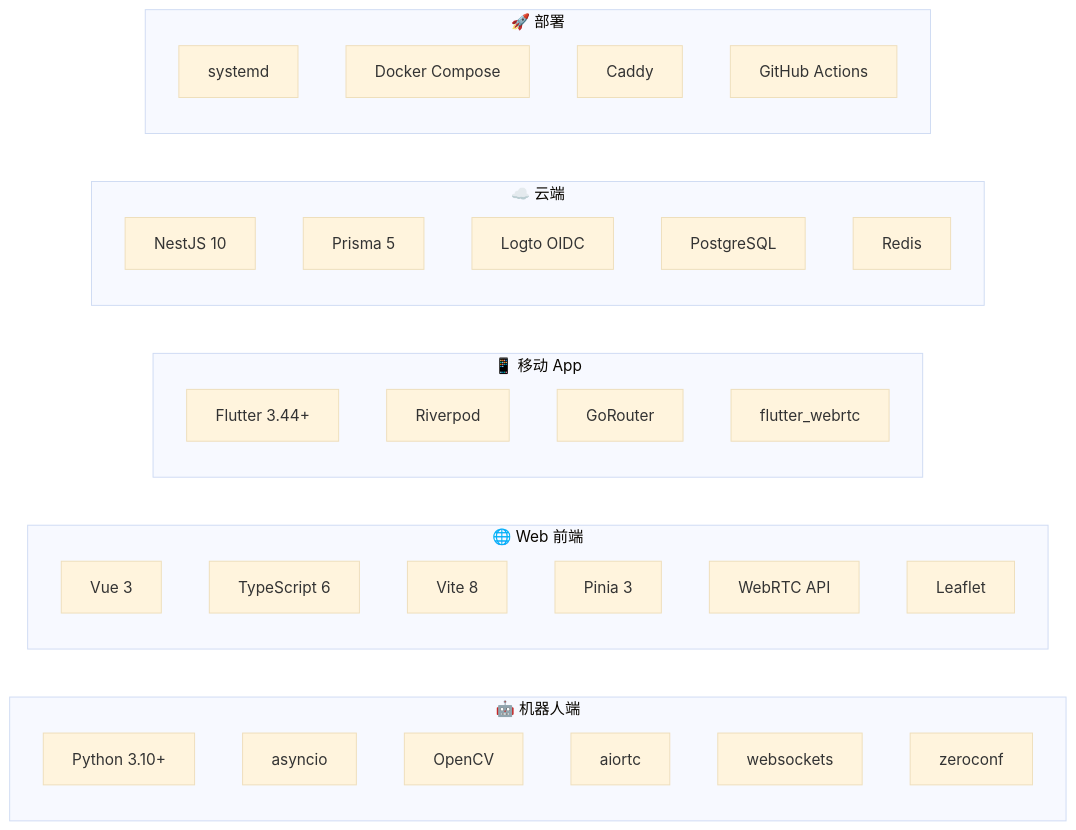
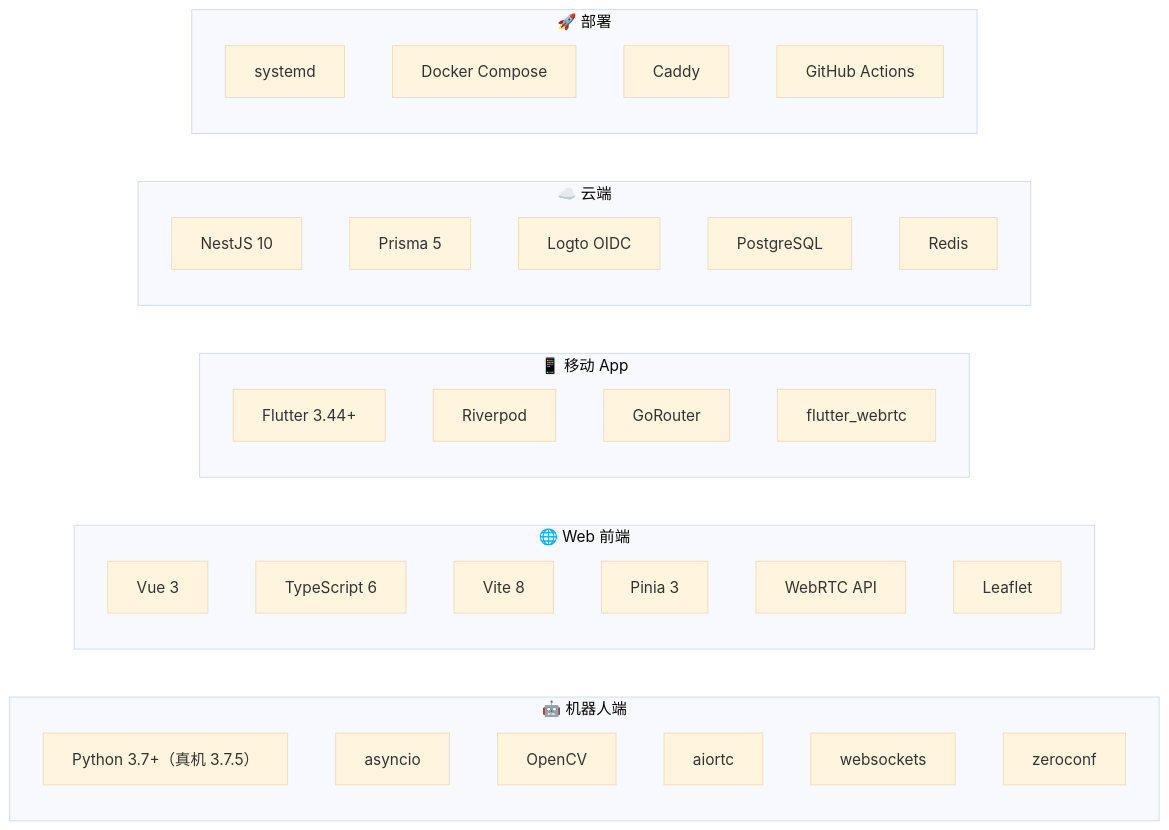
The tenth of 17 diagrams in 方案/架构图.md (al96169/wo-bot-wiki), drawn with Mermaid (base theme) before and after one commit. The commit also changed other lines of this file and 3 other files, not shown here.

Commit message:
docs: 每周进展更新 (2026-10-15) — 10-07 提交波次归位 + 技术决策 #33~#35 + 架构图 AudioOutput + 关闭 5 个陈旧 Issue

````diff
--- a/方案/架构图.md
+++ b/方案/架构图.md
@@ -480,42 +483,42 @@
 ```mermaid
 graph LR
     subgraph 机器人端["🤖 机器人端"]
-        Python["Python 3.10+"]
+        Python["Python 3.7+（真机 3.7.5）"]
         asyncio["asyncio"]
         OpenCV["OpenCV"]
         aiortc["aiortc"]
         websockets["websockets"]
         zeroconf["zeroconf"]
     end
 
     subgraph Web前端["🌐 Web 前端"]
         Vue["Vue 3"]
         TS["TypeScript 6"]
         Vite["Vite 8"]
         Pinia["Pinia 3"]
         WebRTC_API["WebRTC API"]
         Leaflet["Leaflet"]
     end
 
     subgraph 移动App["📱 移动 App"]
         Flutter["Flutter 3.44+"]
         Riverpod["Riverpod"]
         GoRouter["GoRouter"]
         flutter_webrtc["flutter_webrtc"]
     end
 
     subgraph 云端["☁️ 云端"]
         NestJS["NestJS 10"]
         Prisma["Prisma 5"]
         Logto["Logto OIDC"]
         PostgreSQL["PostgreSQL"]
         Redis["Redis"]
     end
 
     subgraph 部署["🚀 部署"]
         systemd["systemd"]
         Docker["Docker Compose"]
         CaddySrv["Caddy"]
         GHA["GitHub Actions"]
     end
 ```
````
